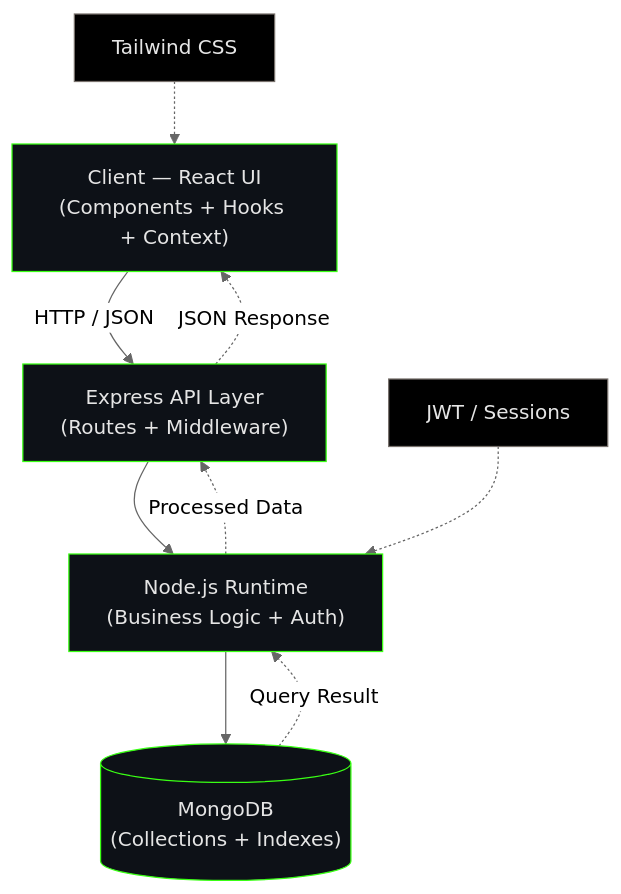
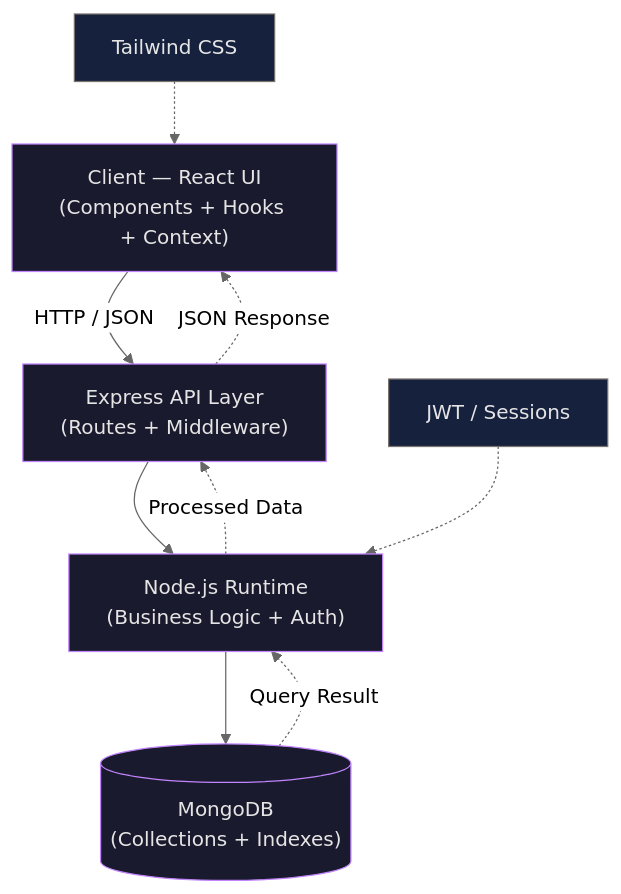
One commit to Faizan-khan144/Faizan-khan144 changed the fourth of 12 diagrams in README.md. Above: the diagram before and after it, drawn with Mermaid (neutral theme). The commit also changed other lines of this file, not shown here.

````diff
--- a/README.md
+++ b/README.md
@@ -229,18 +241,18 @@
 ```mermaid
 flowchart TD
     A["Client — React UI<br/>(Components + Hooks + Context)"] -->|HTTP / JSON| B["Express API Layer<br/>(Routes + Middleware)"]
     B --> C["Node.js Runtime<br/>(Business Logic + Auth)"]
     C --> D[("MongoDB<br/>(Collections + Indexes)")]
     D -.->|Query Result| C
     C -.->|Processed Data| B
     B -.->|JSON Response| A
     E["Tailwind CSS"] -.-> A
     F["JWT / Sessions"] -.-> C
 
-    style A fill:#0d1117,stroke:#39FF14,color:#e5e5e5
-    style B fill:#0d1117,stroke:#39FF14,color:#e5e5e5
-    style C fill:#0d1117,stroke:#39FF14,color:#e5e5e5
-    style D fill:#0d1117,stroke:#39FF14,color:#e5e5e5
-    style E fill:#000000,stroke:#78716c,color:#e5e5e5
-    style F fill:#000000,stroke:#78716c,color:#e5e5e5
+    style A fill:#1a1a2e,stroke:#C084FC,color:#e5e5e5
+    style B fill:#1a1a2e,stroke:#C084FC,color:#e5e5e5
+    style C fill:#1a1a2e,stroke:#C084FC,color:#e5e5e5
+    style D fill:#1a1a2e,stroke:#C084FC,color:#e5e5e5
+    style E fill:#16213e,stroke:#78716c,color:#e5e5e5
+    style F fill:#16213e,stroke:#78716c,color:#e5e5e5
 ```
````
